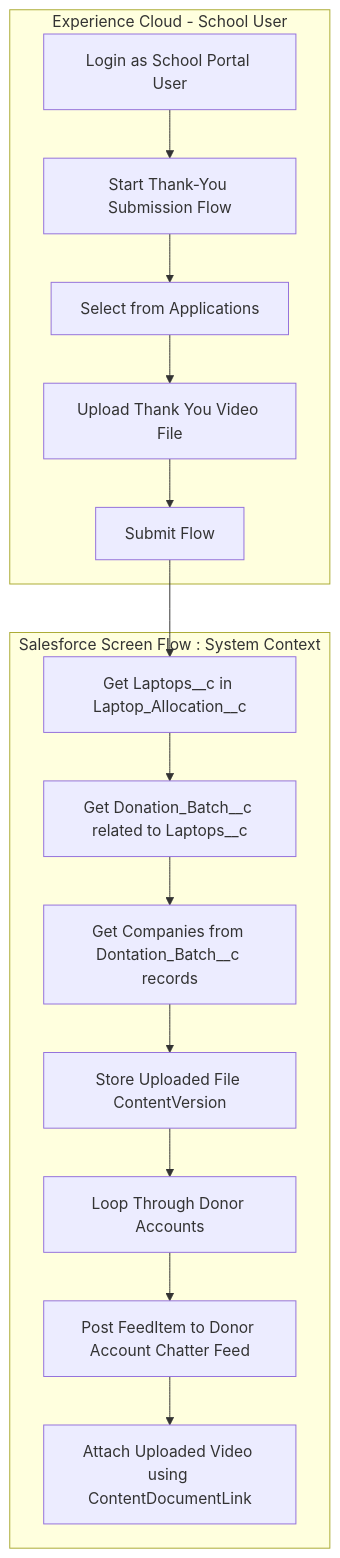
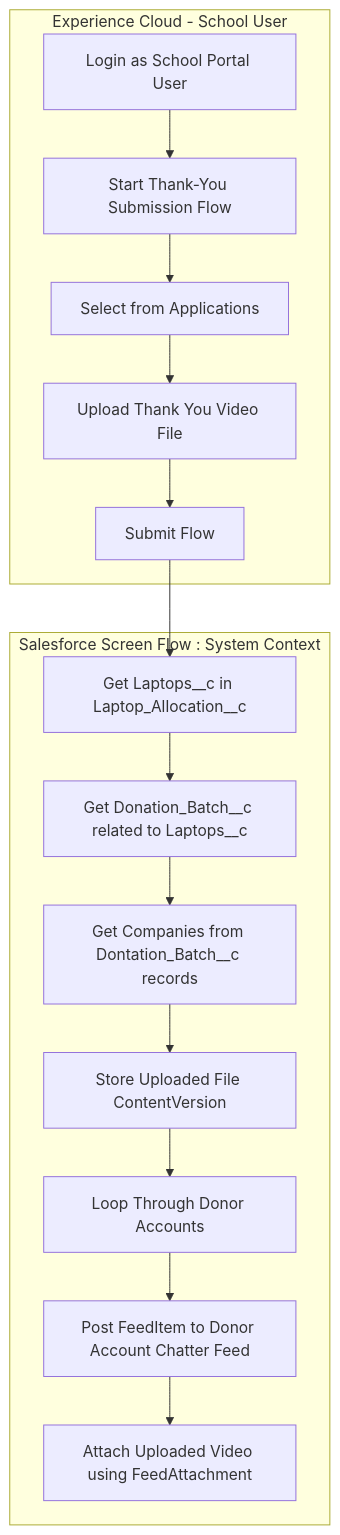
Before and after one commit to matthew-zolp/Laptops2Schools: the diagram in BusinessProcessFlowDiagrams/L2S_Thank_You_Video.md, drawn with Mermaid.

````diff
--- a/BusinessProcessFlowDiagrams/L2S_Thank_You_Video.md
+++ b/BusinessProcessFlowDiagrams/L2S_Thank_You_Video.md
@@ -1,23 +1,23 @@
 ```mermaid
 flowchart TD
   subgraph Experience_Cloud_Portal["Experience Cloud - School User"]
     UI1[Login as School Portal User]
     UI2[Start Thank-You Submission Flow]
     UI3[Select from Applications]
     UI5[Upload Thank You Video File]
     UI6[Submit Flow]
   end
 
   subgraph Screen_Flow[Salesforce Screen Flow : System Context]
     FLOW1[Get Laptops__c in Laptop_Allocation__c]
     FLOW2[Get Donation_Batch__c related to Laptops__c]
     FLOW3[Get Companies from Dontation_Batch__c records]
     FLOW4[Store Uploaded File ContentVersion]
     LOOP[Loop Through Donor Accounts]
     CHATTER1[Post FeedItem to Donor Account Chatter Feed]
-    CHATTER2[Attach Uploaded Video using ContentDocumentLink]
+    CHATTER2[Attach Uploaded Video using FeedAttachment]
   end
 
   UI1 --> UI2 --> UI3 --> UI5 --> UI6 --> FLOW1 --> FLOW2 --> FLOW3 --> FLOW4 --> LOOP
   LOOP --> CHATTER1 --> CHATTER2
   ```
````
